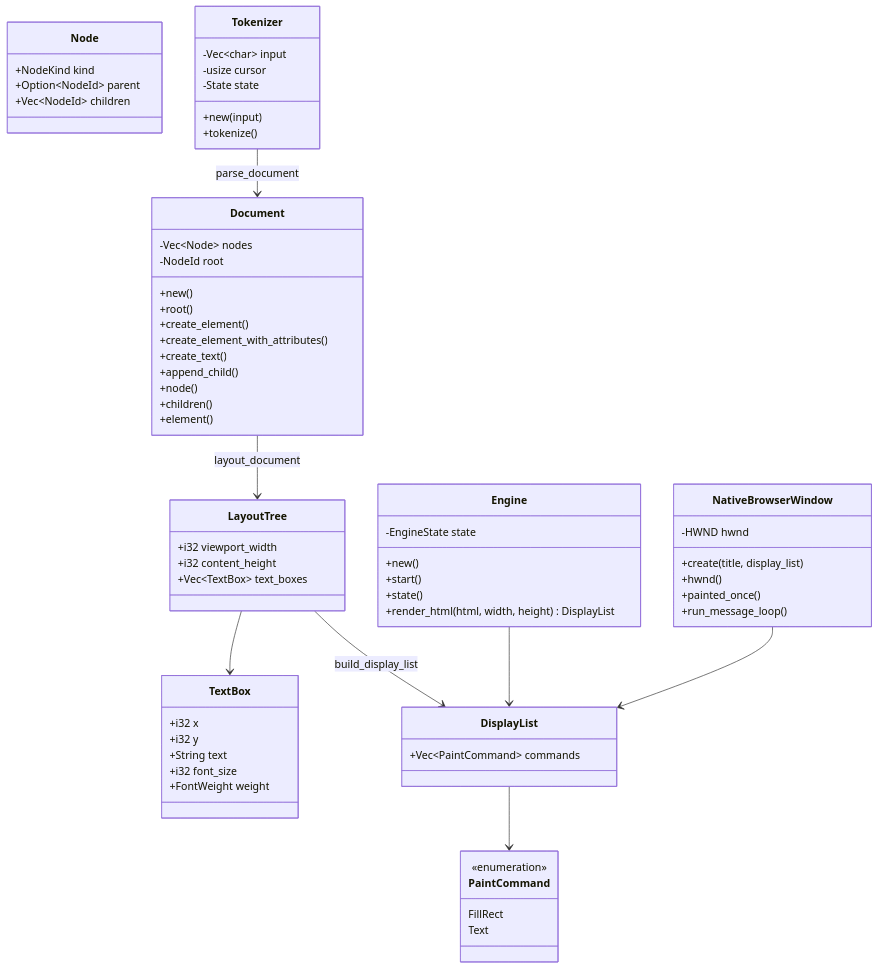
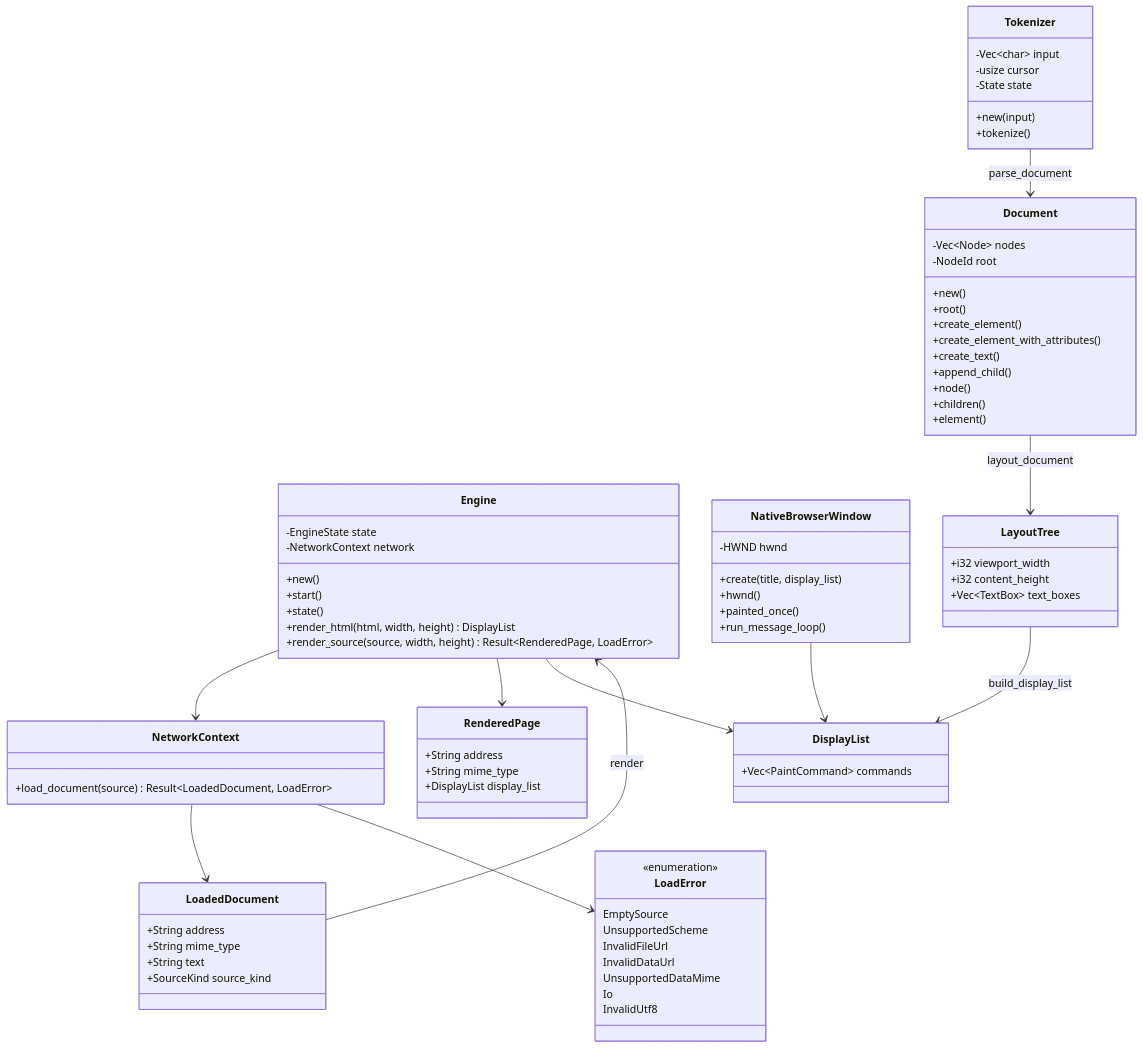
Before and after one commit to Gerbesh/OPBrowser: the second of 2 diagrams in docs/CODE_GRAPH.md, drawn with Mermaid. The commit also changed other lines of this file and 11 other files, not shown here.

Commit message:
feat: load local and data HTML sources

````diff
--- a/docs/CODE_GRAPH.md
+++ b/docs/CODE_GRAPH.md
@@ -43,10 +43,40 @@
 classDiagram
     class Engine {
         -EngineState state
+        -NetworkContext network
         +new()
         +start()
         +state()
         +render_html(html, width, height) DisplayList
+        +render_source(source, width, height) Result~RenderedPage, LoadError~
+    }
+
+    class RenderedPage {
+        +String address
+        +String mime_type
+        +DisplayList display_list
+    }
+
+    class NetworkContext {
+        +load_document(source) Result~LoadedDocument, LoadError~
+    }
+
+    class LoadedDocument {
+        +String address
+        +String mime_type
+        +String text
+        +SourceKind source_kind
+    }
+
+    class LoadError {
+        <<enumeration>>
+        EmptySource
+        UnsupportedScheme
+        InvalidFileUrl
+        InvalidDataUrl
+        UnsupportedDataMime
+        Io
+        InvalidUtf8
     }
 
     class NativeBrowserWindow {
@@ -71,12 +101,6 @@
         +element()
     }
 
-    class Node {
-        +NodeKind kind
-        +Option~NodeId~ parent
-        +Vec~NodeId~ children
-    }
-
     class Tokenizer {
         -Vec~char~ input
         -usize cursor
@@ -91,29 +115,18 @@
         +Vec~TextBox~ text_boxes
     }
 
-    class TextBox {
-        +i32 x
-        +i32 y
-        +String text
-        +i32 font_size
-        +FontWeight weight
-    }
-
     class DisplayList {
         +Vec~PaintCommand~ commands
     }
 
-    class PaintCommand {
-        <<enumeration>>
-        FillRect
-        Text
-    }
-
+    NetworkContext --> LoadedDocument
+    NetworkContext --> LoadError
+    Engine --> NetworkContext
+    Engine --> RenderedPage
+    LoadedDocument --> Engine : render
     Tokenizer --> Document : parse_document
     Document --> LayoutTree : layout_document
-    LayoutTree --> TextBox
     LayoutTree --> DisplayList : build_display_list
-    DisplayList --> PaintCommand
     Engine --> DisplayList
     NativeBrowserWindow --> DisplayList
 ```
````
